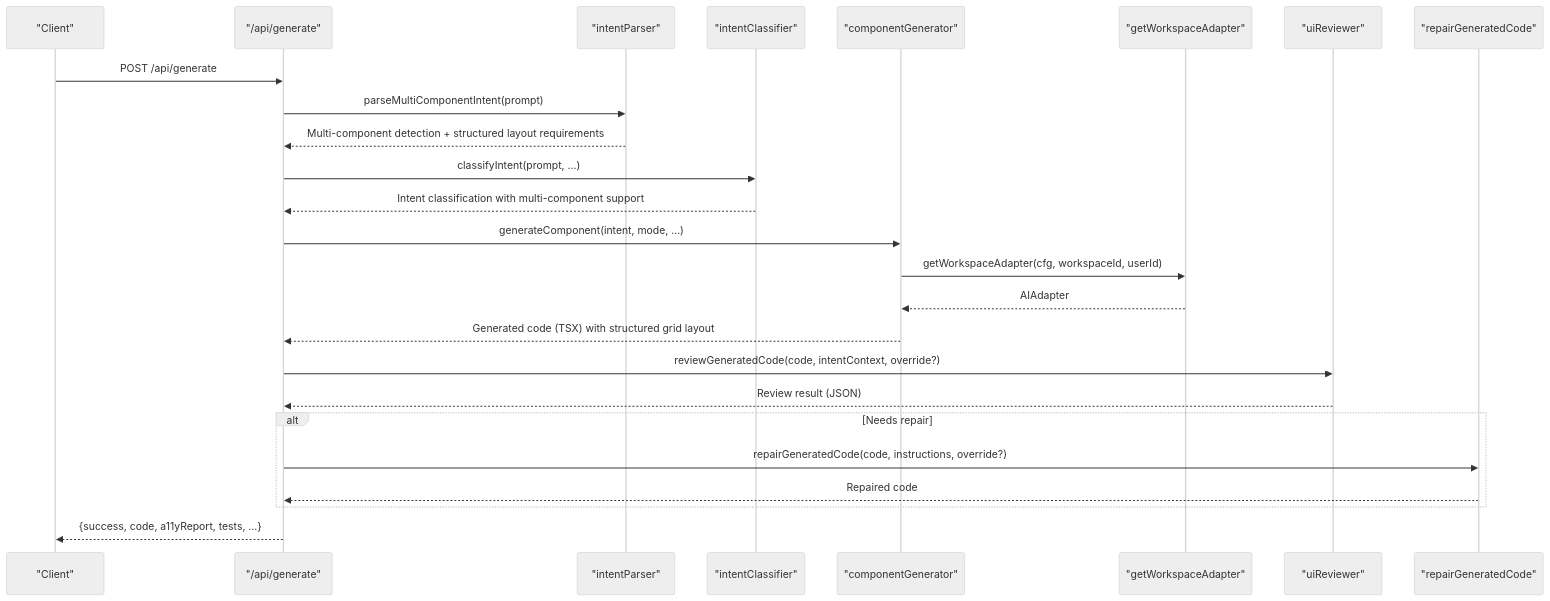
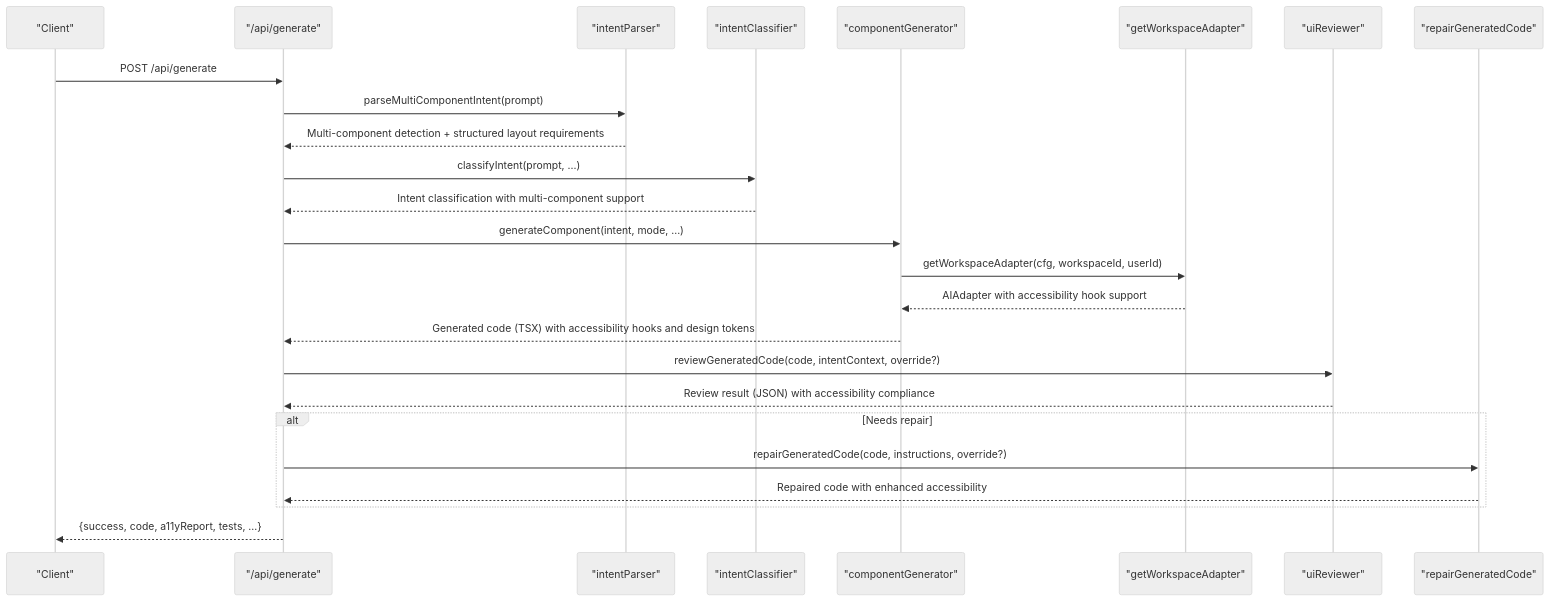
One commit to shekhargiri005-dotcom/AI-powered-accessibility-first-UI-engine changed the second of 11 diagrams in .qoder/repowiki/en/content/AI Generation Engine/AI Generation Engine.md. Above: the diagram before and after it, drawn with Mermaid (neutral theme). The commit also changed other lines of this file and 24 other files, not shown here.

````diff
--- a/.qoder/repowiki/en/content/AI Generation Engine/AI Generation Engine.md
+++ b/.qoder/repowiki/en/content/AI Generation Engine/AI Generation Engine.md
@@ -163,27 +184,27 @@
 ```mermaid
 sequenceDiagram
 participant Client as "Client"
 participant GenRoute as "/api/generate"
 participant Parser as "intentParser"
 participant Classifier as "intentClassifier"
 participant Gen as "componentGenerator"
 participant Adapter as "getWorkspaceAdapter"
 participant Review as "uiReviewer"
 participant Repair as "repairGeneratedCode"
 Client->>GenRoute : POST /api/generate
 GenRoute->>Parser : parseMultiComponentIntent(prompt)
 Parser-->>GenRoute : Multi-component detection + structured layout requirements
 GenRoute->>Classifier : classifyIntent(prompt, ...)
 Classifier-->>GenRoute : Intent classification with multi-component support
 GenRoute->>Gen : generateComponent(intent, mode, ...)
 Gen->>Adapter : getWorkspaceAdapter(cfg, workspaceId, userId)
-Adapter-->>Gen : AIAdapter
-Gen-->>GenRoute : Generated code (TSX) with structured grid layout
+Adapter-->>Gen : AIAdapter with accessibility hook support
+Gen-->>GenRoute : Generated code (TSX) with accessibility hooks and design tokens
 GenRoute->>Review : reviewGeneratedCode(code, intentContext, override?)
-Review-->>GenRoute : Review result (JSON)
+Review-->>GenRoute : Review result (JSON) with accessibility compliance
 alt Needs repair
 GenRoute->>Repair : repairGeneratedCode(code, instructions, override?)
-Repair-->>GenRoute : Repaired code
+Repair-->>GenRoute : Repaired code with enhanced accessibility
 end
 GenRoute-->>Client : {success, code, a11yReport, tests, ...}
 ```
````
